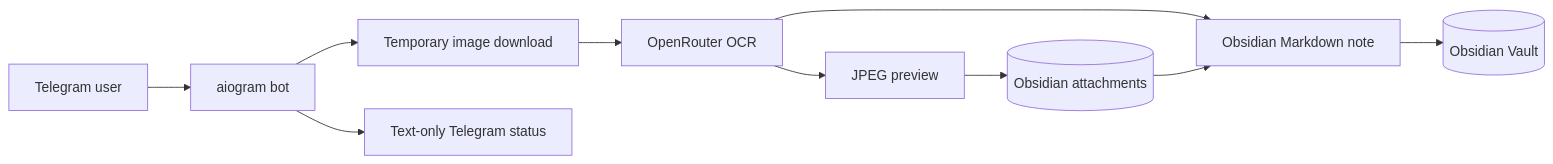
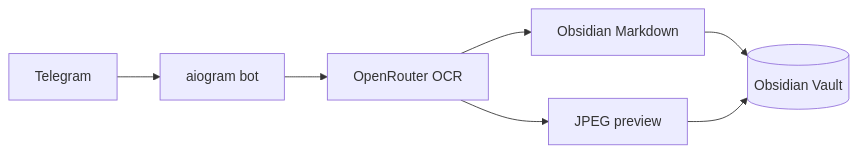
The diagram in README.md (lstunn25ai/img2prompt), drawn with Mermaid before and after one commit. The commit also changed other lines of this file and 7 other files, not shown here.

````diff
--- a/README.md
+++ b/README.md
@@ -45,12 +29,9 @@
 ```mermaid
 flowchart LR
-    U[Telegram user] --> B[aiogram bot]
-    B --> D[Temporary image download]
-    D --> O[OpenRouter OCR]
-    O --> M[Obsidian Markdown note]
-    O --> P[JPEG preview]
-    P --> A[(Obsidian attachments)]
-    A --> M
-    M --> V[(Obsidian Vault)]
-    B --> T[Text-only Telegram status]
+    U[Telegram] --> B[aiogram bot]
+    B --> O[OpenRouter OCR]
+    O --> N[Obsidian Markdown]
+    O --> A[JPEG preview]
+    N --> V[(Obsidian Vault)]
+    A --> V
 ```
````
